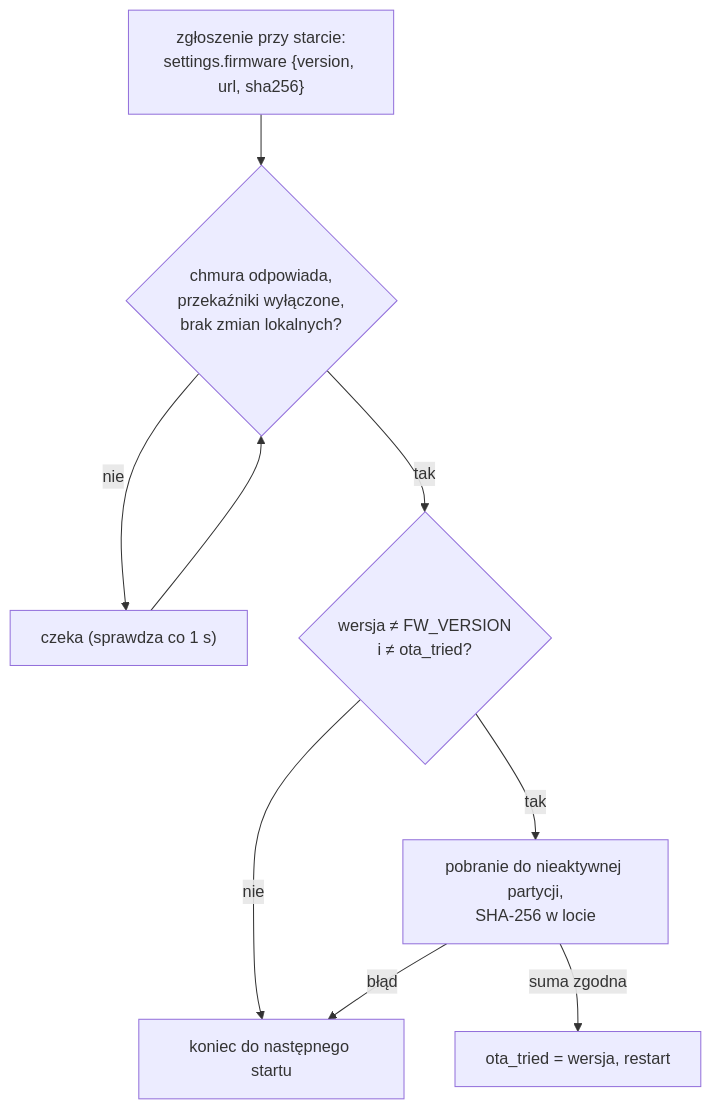
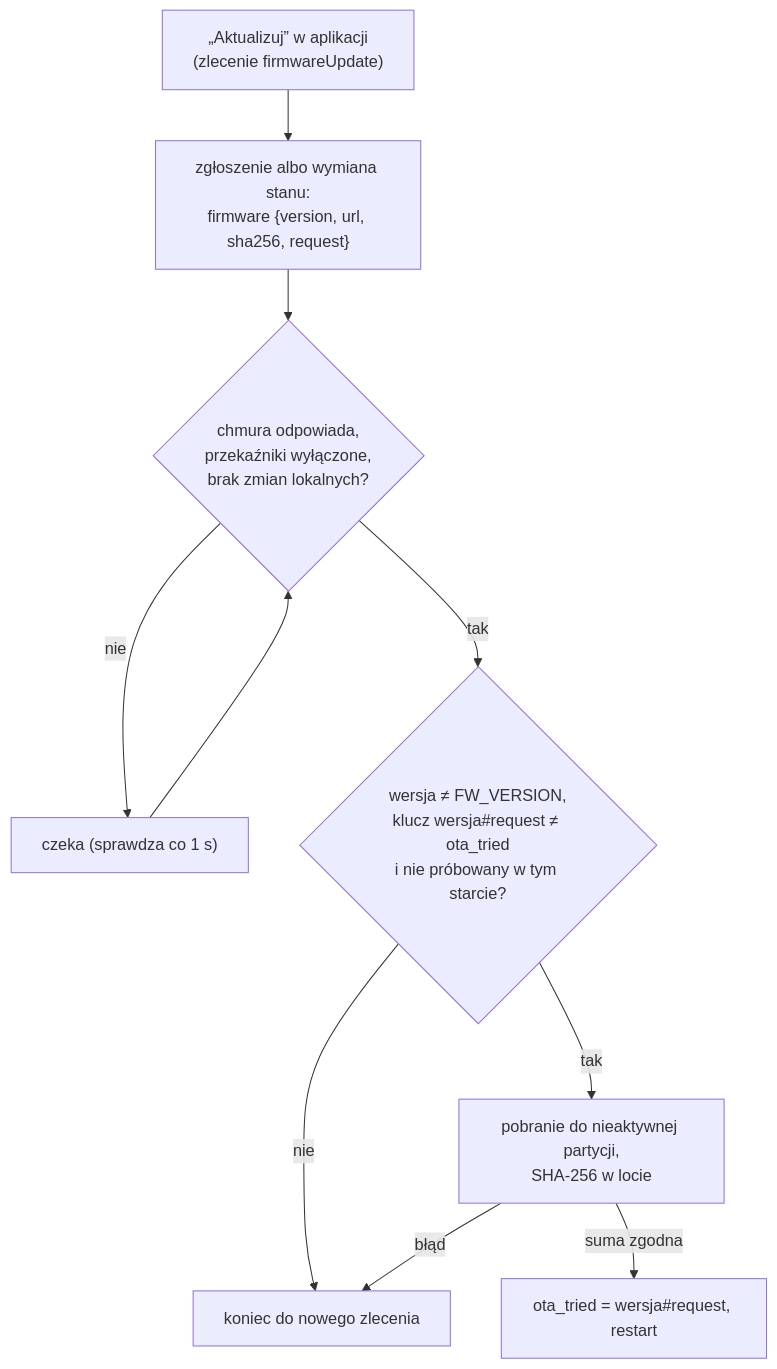
One commit to robertorlowski/chpc-web changed the fourth of 4 diagrams in devices/switch/docs/2-zasada-dzialania.md. Above: the diagram before and after it, drawn with Mermaid. The commit also changed other lines of this file and 55 other files, not shown here.

First line of the commit message:
Aktualizacja firmware na zlecenie („Aktualizuj”) dla hydroforu, włącznika i pieca; OTA pieca z chmury (firmware 1.5.0), włącznik 1.1.0; piec: przełącznik „Kocioł: Włączony / Wyłączony”

````diff
--- a/devices/switch/docs/2-zasada-dzialania.md
+++ b/devices/switch/docs/2-zasada-dzialania.md
@@ -100,10 +100,11 @@
 ```mermaid
 flowchart TD
-    R["zgłoszenie przy starcie:<br/>settings.firmware {version, url, sha256}"] --> C{"chmura odpowiada,<br/>przekaźniki wyłączone,<br/>brak zmian lokalnych?"}
+    A["„Aktualizuj” w aplikacji<br/>(zlecenie firmwareUpdate)"] --> R["zgłoszenie albo wymiana stanu:<br/>firmware {version, url, sha256, request}"]
+    R --> C{"chmura odpowiada,<br/>przekaźniki wyłączone,<br/>brak zmian lokalnych?"}
     C -- nie --> W["czeka (sprawdza co 1 s)"] --> C
-    C -- tak --> V{"wersja ≠ FW_VERSION<br/>i ≠ ota_tried?"}
-    V -- nie --> X["koniec do następnego startu"]
+    C -- tak --> V{"wersja ≠ FW_VERSION,<br/>klucz wersja#request ≠ ota_tried<br/>i nie próbowany w tym starcie?"}
+    V -- nie --> X["koniec do nowego zlecenia"]
     V -- tak --> D["pobranie do nieaktywnej partycji,<br/>SHA-256 w locie"]
-    D -- "suma zgodna" --> B["ota_tried = wersja, restart"]
+    D -- "suma zgodna" --> B["ota_tried = wersja#request, restart"]
     D -- "błąd" --> X
 ```
````
